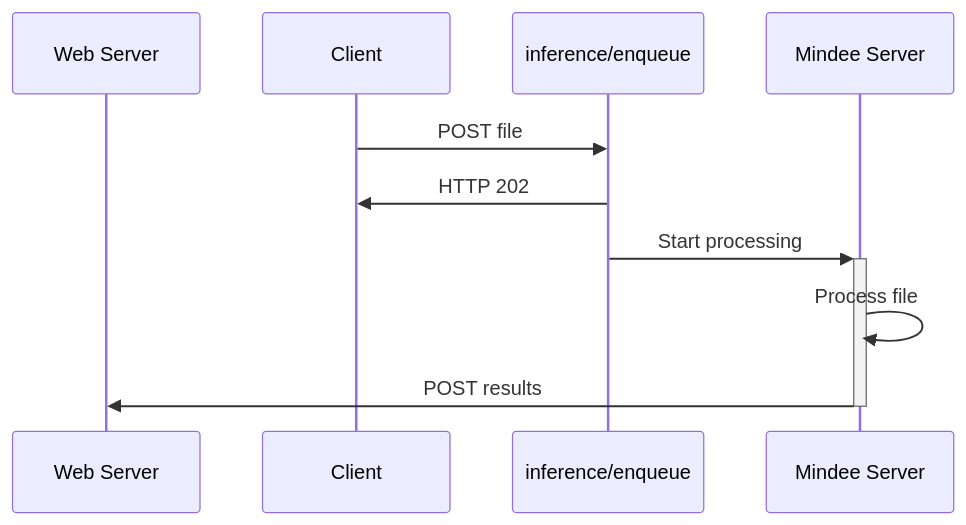
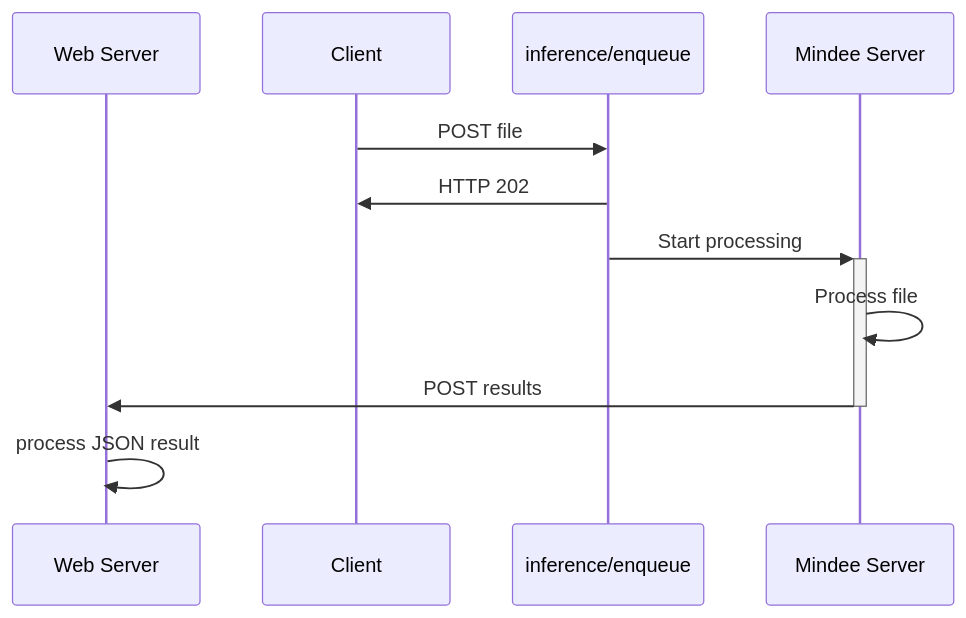
Before and after one commit to mindee/platform-docs: the second of 2 diagrams in integrations/api-overview.md, drawn with Mermaid. The commit also changed other lines of this file, not shown here.

````diff
--- a/integrations/api-overview.md
+++ b/integrations/api-overview.md
@@ -106,12 +106,13 @@
 ```mermaid
 sequenceDiagram
     participant clientsrv as Web Server
     participant client as Client
     participant enqueue as inference/enqueue
     participant srv as Mindee Server
     client->>enqueue: POST file
     enqueue->>client: HTTP 202
     enqueue->>+srv: Start processing
     srv->>srv: Process file
     srv->>-clientsrv: POST results
+    clientsrv->>clientsrv: process JSON result
 ```
````
